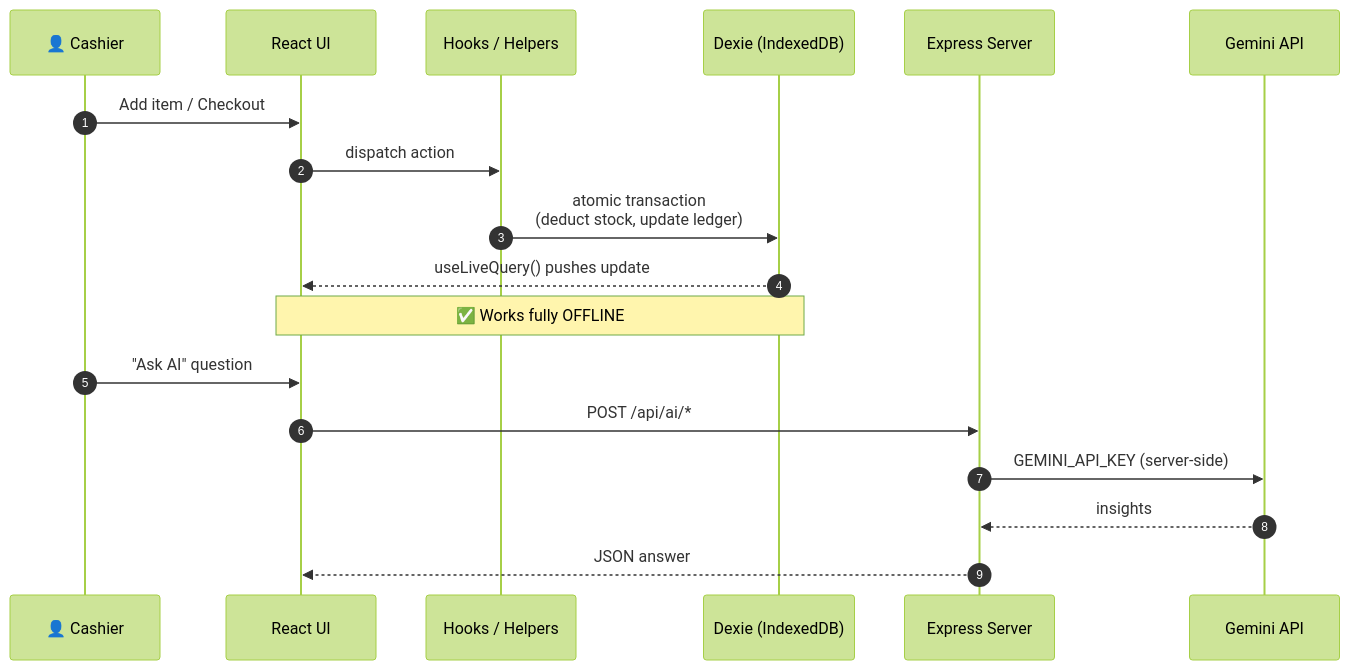
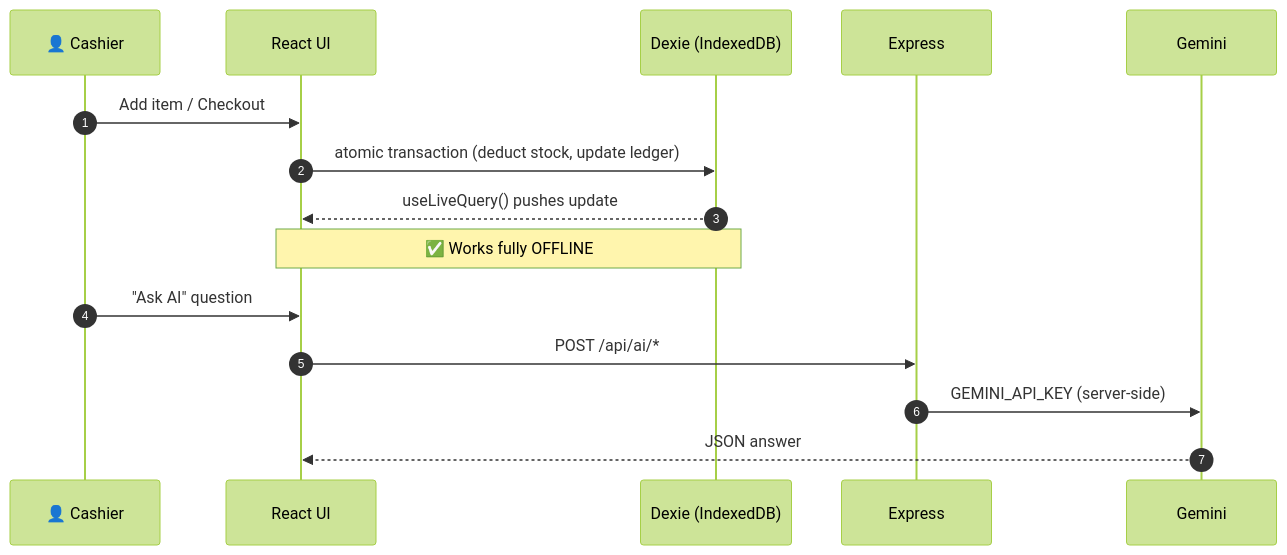
The third of 4 diagrams in README.md (dagaiakhtar-ship-it/FInal-project-1-Shop-management-system), drawn with Mermaid (forest theme) before and after one commit. The commit also changed other lines of this file, not shown here.

````diff
--- a/README.md
+++ b/README.md
@@ -308,22 +268,17 @@
 ```mermaid
 sequenceDiagram
     autonumber
     participant U as 👤 Cashier
     participant UI as React UI
-    participant H as Hooks / Helpers
     participant DB as Dexie (IndexedDB)
-    participant S as Express Server
-    participant G as Gemini API
-
+    participant S as Express
+    participant G as Gemini
     U->>UI: Add item / Checkout
-    UI->>H: dispatch action
-    H->>DB: atomic transaction<br/>(deduct stock, update ledger)
+    UI->>DB: atomic transaction (deduct stock, update ledger)
     DB-->>UI: useLiveQuery() pushes update
     Note over UI,DB: ✅ Works fully OFFLINE
-
     U->>UI: "Ask AI" question
     UI->>S: POST /api/ai/*
     S->>G: GEMINI_API_KEY (server-side)
-    G-->>S: insights
-    S-->>UI: JSON answer
+    G-->>UI: JSON answer
 ```
````
